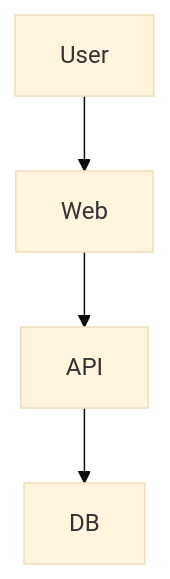
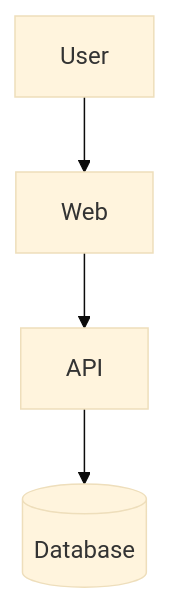
One commit to Infinito2k26/Infinito2026 changed the diagram in .claude/templates/PRD-template.md. Above: the diagram before and after it, drawn with Mermaid (base theme). The commit also changed other lines of this file and 18 other files, not shown here.

````diff
--- a/.claude/templates/PRD-template.md
+++ b/.claude/templates/PRD-template.md
@@ -29,6 +68,6 @@
 ```mermaid
 flowchart TD
   User --> Web
   Web --> API
-  API --> DB
+  API --> DB[(Database)]
 ```
````
